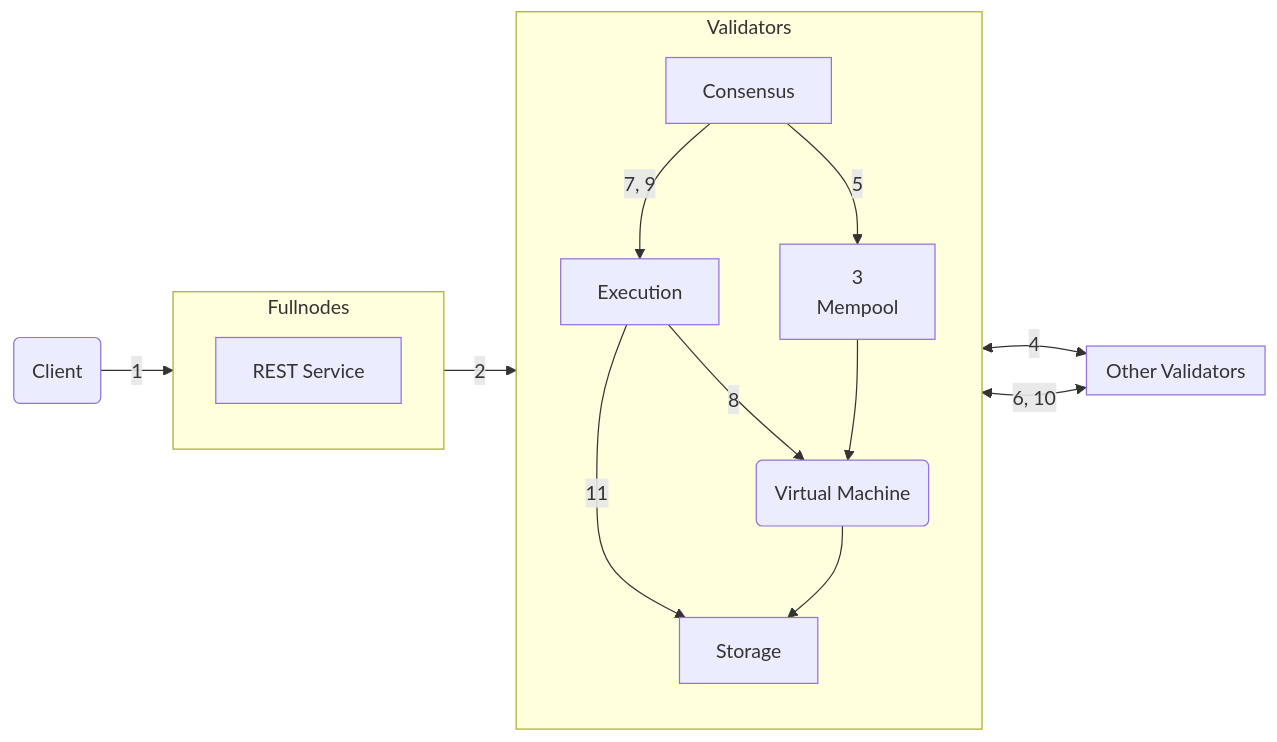
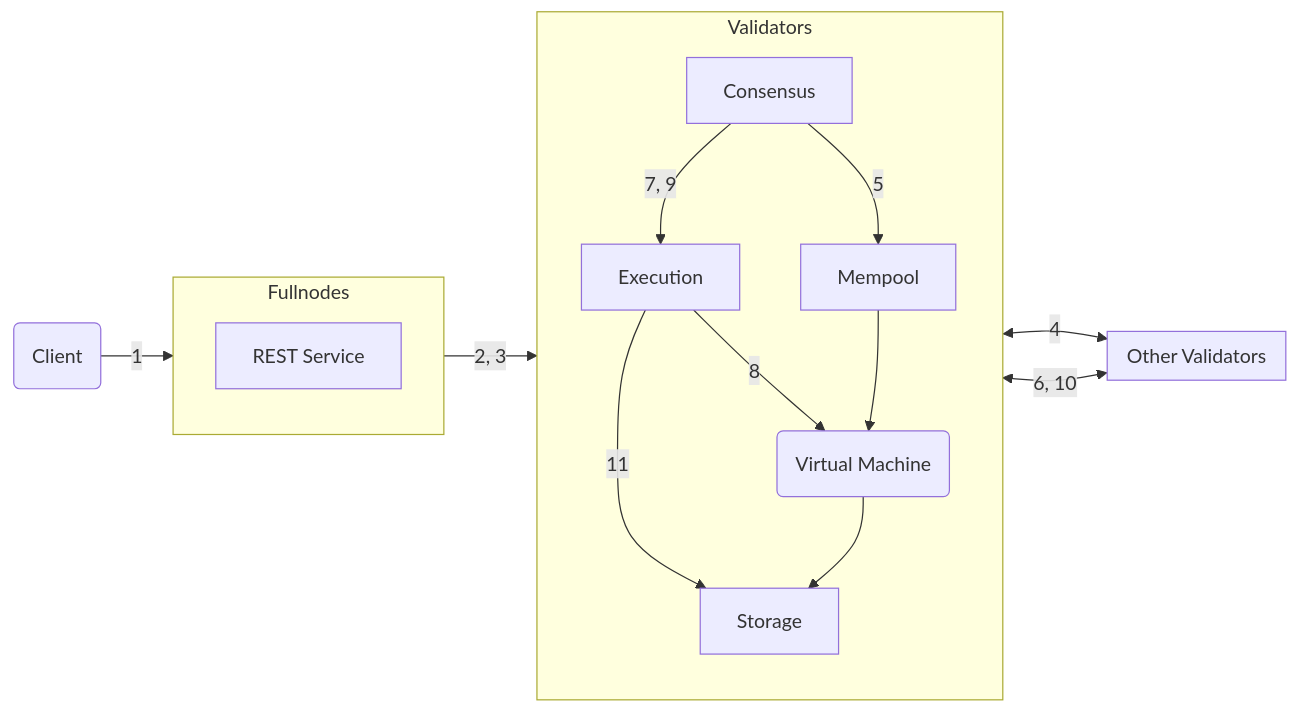
The first of 7 diagrams in src/content/docs/network/blockchain/blockchain-deep-dive.mdx (aptos-labs/aptos-docs), drawn with Mermaid before and after one commit. The commit also changed 6 other files, not shown here.

Commit message:
[mermaid] Fix Mermaid diagrams

````diff
--- a/src/content/docs/network/blockchain/blockchain-deep-dive.mdx
+++ b/src/content/docs/network/blockchain/blockchain-deep-dive.mdx
@@ -28,29 +28,29 @@
 ```mermaid
 graph LR
     subgraph Fullnodes
         direction TB
         REST_Service[REST Service]
     end
 
     Client(Client) -->|1| REST_Service
 
     subgraph Other_Validators[Other Validators]
         direction TB
     end
 
     subgraph Validators
         direction TB
-        Mempool[3\nMempool]
+        Mempool[Mempool]
         Consensus[Consensus]
         Consensus -->|7, 9| Execution
         Execution -->|11| Storage
         Execution -->|8| Virtual_Machine(Virtual Machine)
         Mempool --> Virtual_Machine
         Virtual_Machine --> Storage
     end
 
     Other_Validators <-->|6, 10| Consensus
-    REST_Service -->|2| Mempool
+    REST_Service -->|2, 3| Mempool
     Mempool <-->|4| Other_Validators(Other Validators)
     Consensus -->|5| Mempool
 ```
````
